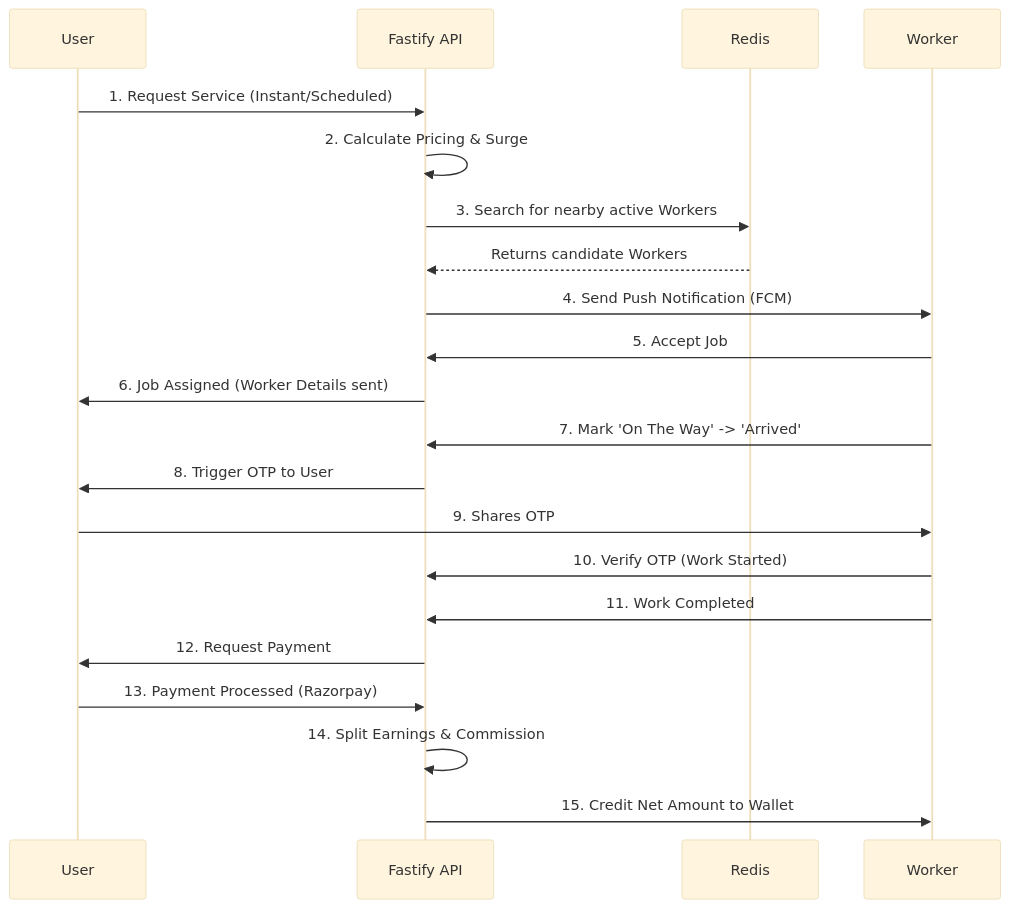
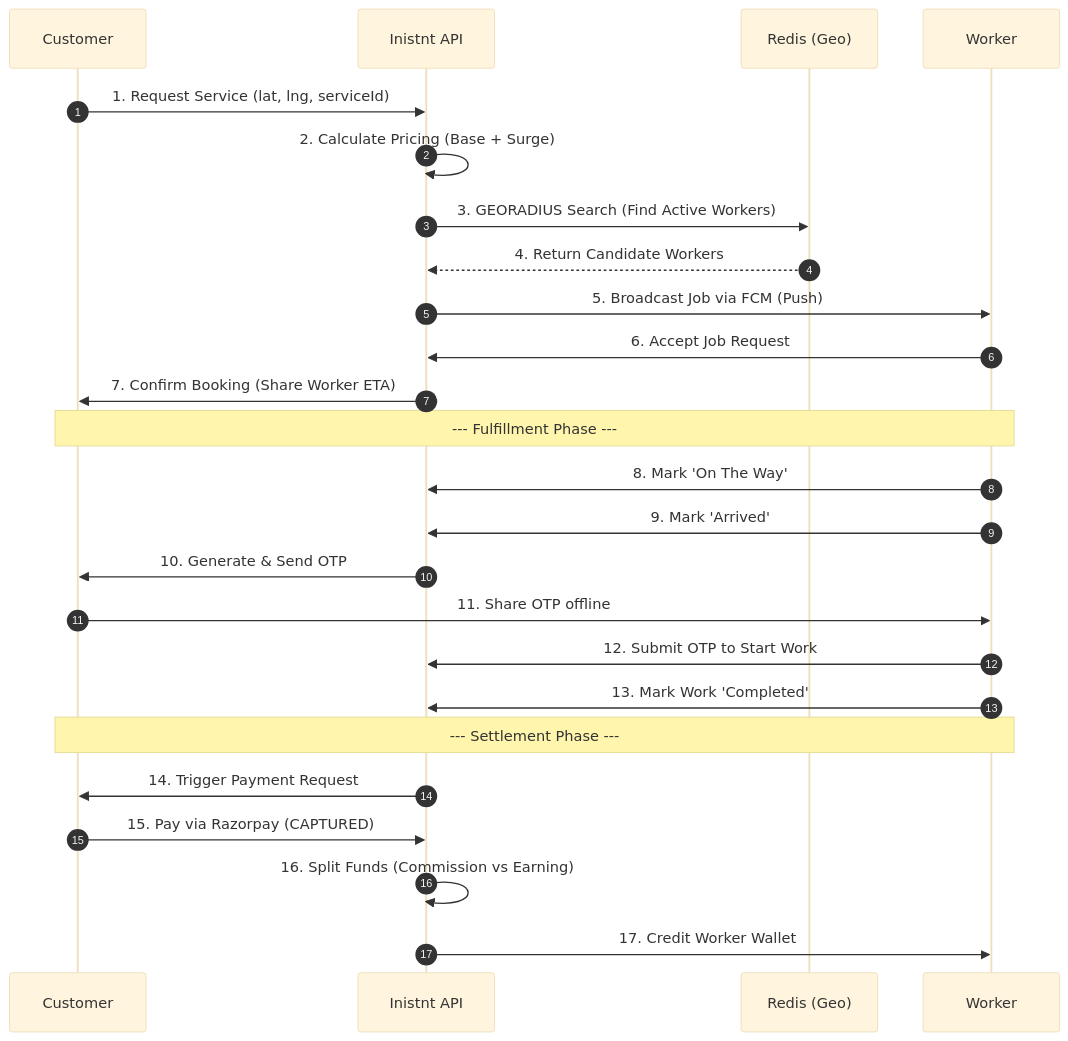
The third of 4 diagrams in README.md (inistnt/inistnt), drawn with Mermaid (base theme) before and after one commit. The commit also changed other lines of this file, not shown here.

````diff
--- a/README.md
+++ b/README.md
@@ -163,24 +223,30 @@
 ```mermaid
 sequenceDiagram
-    participant User
-    participant System as Fastify API
-    participant Redis
-    participant Worker
+    autonumber
+    participant U as Customer
+    participant API as Inistnt API
+    participant R as Redis (Geo)
+    participant W as Worker
+
+    U->>API: 1. Request Service (lat, lng, serviceId)
+    API->>API: 2. Calculate Pricing (Base + Surge)
+    API->>R: 3. GEORADIUS Search (Find Active Workers)
+    R-->>API: 4. Return Candidate Workers
+    API->>W: 5. Broadcast Job via FCM (Push)
+    W->>API: 6. Accept Job Request
+    API->>U: 7. Confirm Booking (Share Worker ETA)
     
-    User->>System: 1. Request Service (Instant/Scheduled)
-    System->>System: 2. Calculate Pricing & Surge
-    System->>Redis: 3. Search for nearby active Workers
-    Redis-->>System: Returns candidate Workers
-    System->>Worker: 4. Send Push Notification (FCM)
-    Worker->>System: 5. Accept Job
-    System->>User: 6. Job Assigned (Worker Details sent)
-    Worker->>System: 7. Mark 'On The Way' -> 'Arrived'
-    System->>User: 8. Trigger OTP to User
-    User->>Worker: 9. Shares OTP
-    Worker->>System: 10. Verify OTP (Work Started)
-    Worker->>System: 11. Work Completed
-    System->>User: 12. Request Payment
-    User->>System: 13. Payment Processed (Razorpay)
-    System->>System: 14. Split Earnings & Commission
-    System->>Worker: 15. Credit Net Amount to Wallet
+    Note over U, W: --- Fulfillment Phase ---
+    W->>API: 8. Mark 'On The Way'
+    W->>API: 9. Mark 'Arrived'
+    API->>U: 10. Generate & Send OTP
+    U->>W: 11. Share OTP offline
+    W->>API: 12. Submit OTP to Start Work
+    W->>API: 13. Mark Work 'Completed'
+    
+    Note over U, W: --- Settlement Phase ---
+    API->>U: 14. Trigger Payment Request
+    U->>API: 15. Pay via Razorpay (CAPTURED)
+    API->>API: 16. Split Funds (Commission vs Earning)
+    API->>W: 17. Credit Worker Wallet
 ```
````
